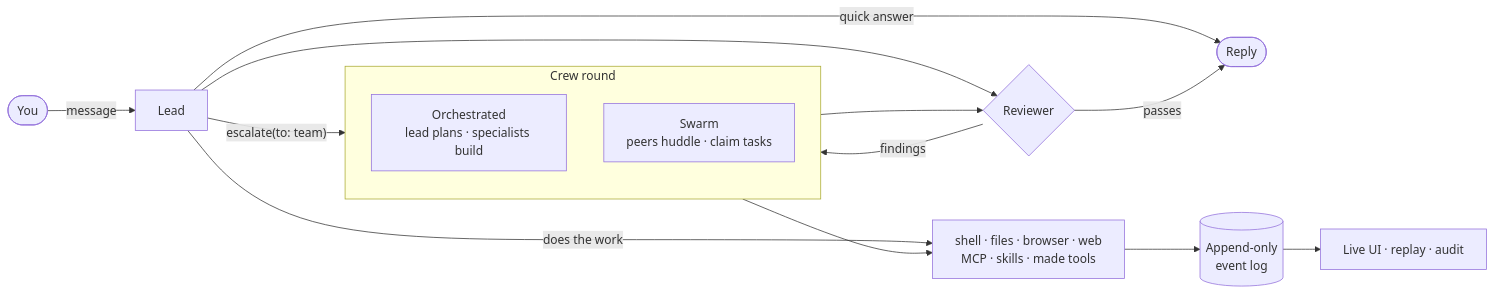
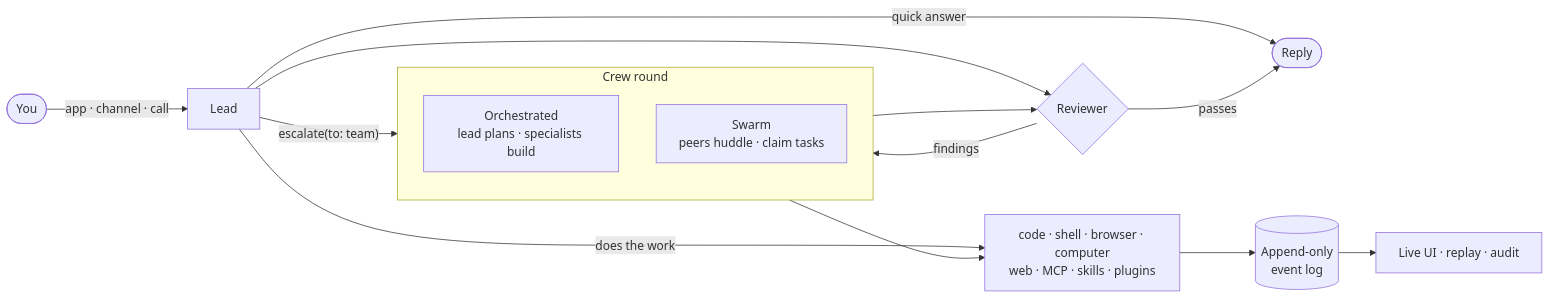
Before and after one commit to Robinbinu/myrmidon: the diagram in README.md, drawn with Mermaid. The commit also changed other lines of this file and 1 other file, not shown here.

````diff
--- a/README.md
+++ b/README.md
@@ -105,19 +94,19 @@
 ```mermaid
 flowchart LR
-    You([You]) -->|message| Lead
+    You([You]) -->|app · channel · call| Lead
     Lead -->|quick answer| Reply([Reply])
     Lead -->|does the work| Tools
     Lead -->|"escalate(to: team)"| Crew
     subgraph Crew [Crew round]
         direction TB
         Orchestrated["Orchestrated<br/>lead plans · specialists build"]
         Swarm["Swarm<br/>peers huddle · claim tasks"]
     end
     Crew --> Tools
-    Tools["shell · files · browser · web<br/>MCP · skills · made tools"] --> Log[(Append-only<br/>event log)]
+    Tools["code · shell · browser · computer<br/>web · MCP · skills · plugins"] --> Log[(Append-only<br/>event log)]
     Crew --> Reviewer{Reviewer}
     Lead --> Reviewer
     Reviewer -->|findings| Crew
     Reviewer -->|passes| Reply
     Log --> UI[Live UI · replay · audit]
 ```
````
